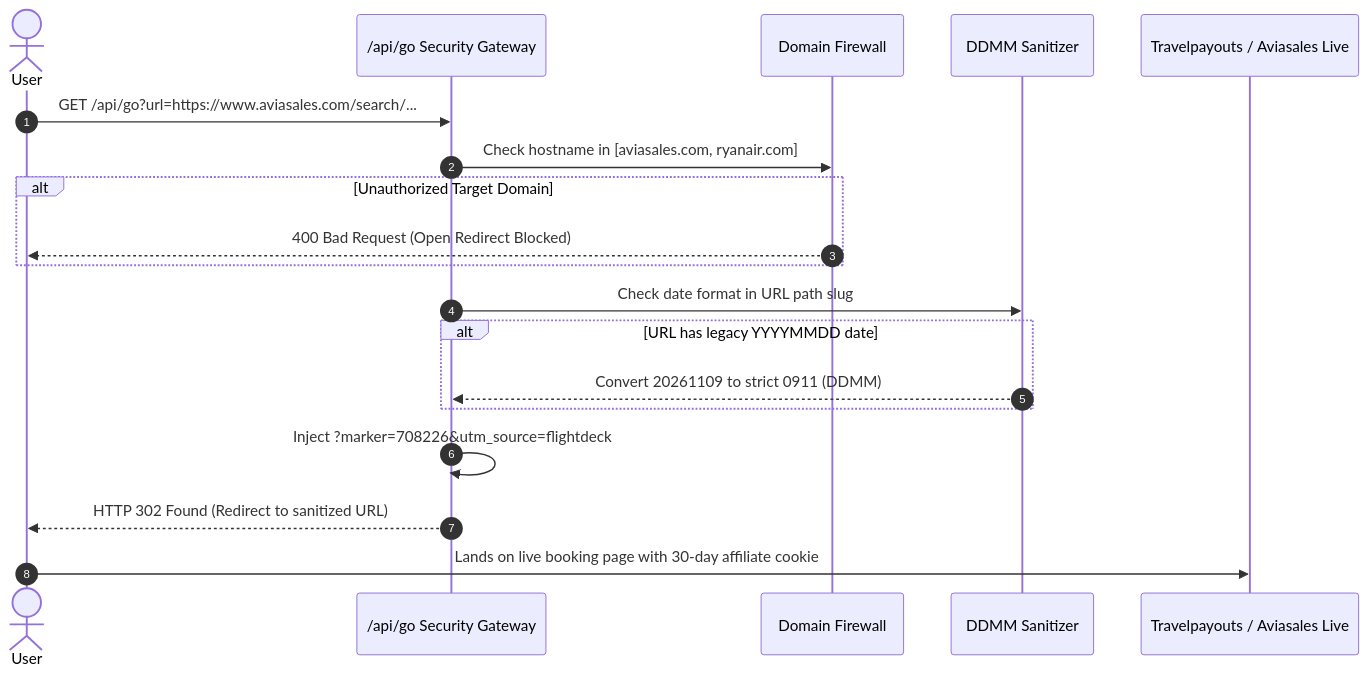
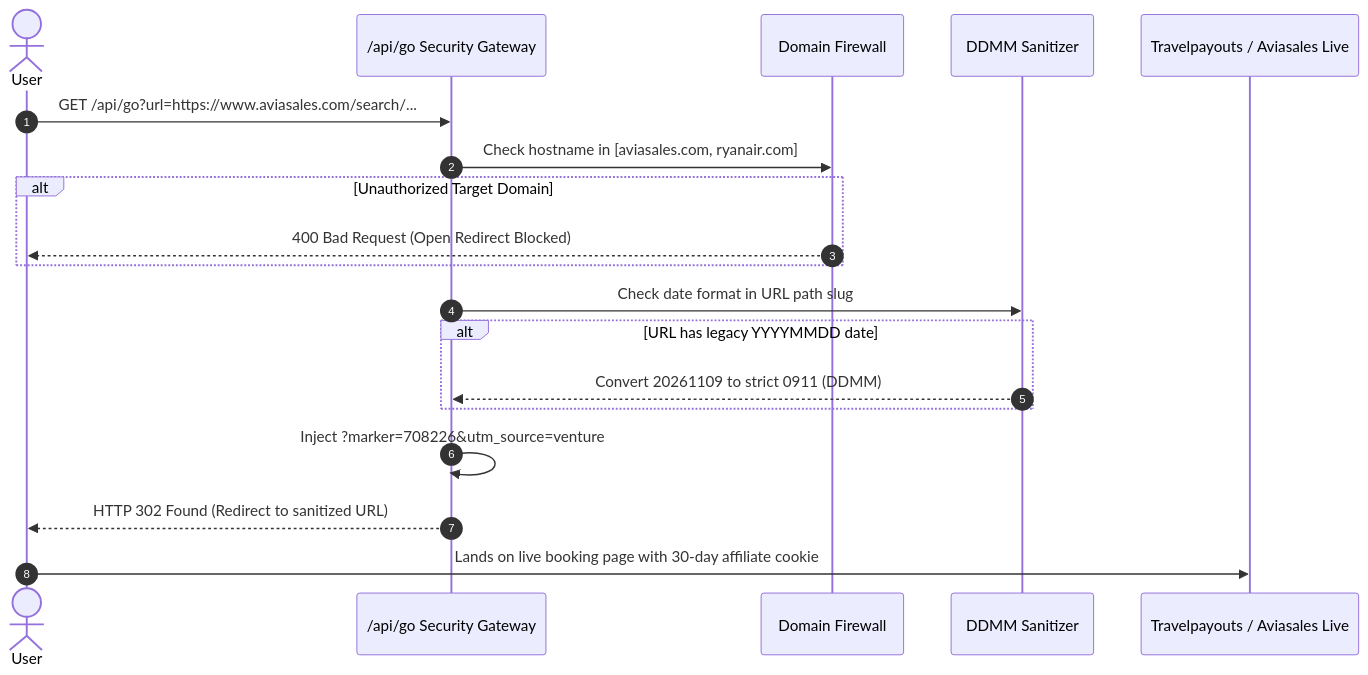
One commit to AidenCoffey/KnightsHack changed the third of 3 diagrams in docs/BACKEND_ARCHITECTURE.md. Above: the diagram before and after it, drawn with Mermaid. The commit also changed other lines of this file and 28 other files, not shown here.

````diff
--- a/docs/BACKEND_ARCHITECTURE.md
+++ b/docs/BACKEND_ARCHITECTURE.md
@@ -169,22 +169,22 @@
 ```mermaid
 sequenceDiagram
     autonumber
     actor Traveler as User
     participant Gateway as /api/go Security Gateway
     participant Allowlist as Domain Firewall
     participant Regex as DDMM Sanitizer
     participant Target as Travelpayouts / Aviasales Live
 
     Traveler->>Gateway: GET /api/go?url=https://www.aviasales.com/search/...
     Gateway->>Allowlist: Check hostname in [aviasales.com, ryanair.com]
     alt Unauthorized Target Domain
         Allowlist-->>Traveler: 400 Bad Request (Open Redirect Blocked)
     end
     Gateway->>Regex: Check date format in URL path slug
     alt URL has legacy YYYYMMDD date
         Regex-->>Gateway: Convert 20261109 to strict 0911 (DDMM)
     end
-    Gateway->>Gateway: Inject ?marker=708226&utm_source=flightdeck
+    Gateway->>Gateway: Inject ?marker=708226&utm_source=venture
     Gateway-->>Traveler: HTTP 302 Found (Redirect to sanitized URL)
     Traveler->>Target: Lands on live booking page with 30-day affiliate cookie
 ```
````
